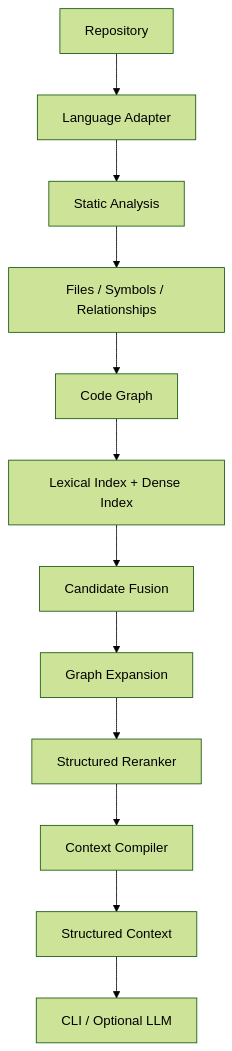
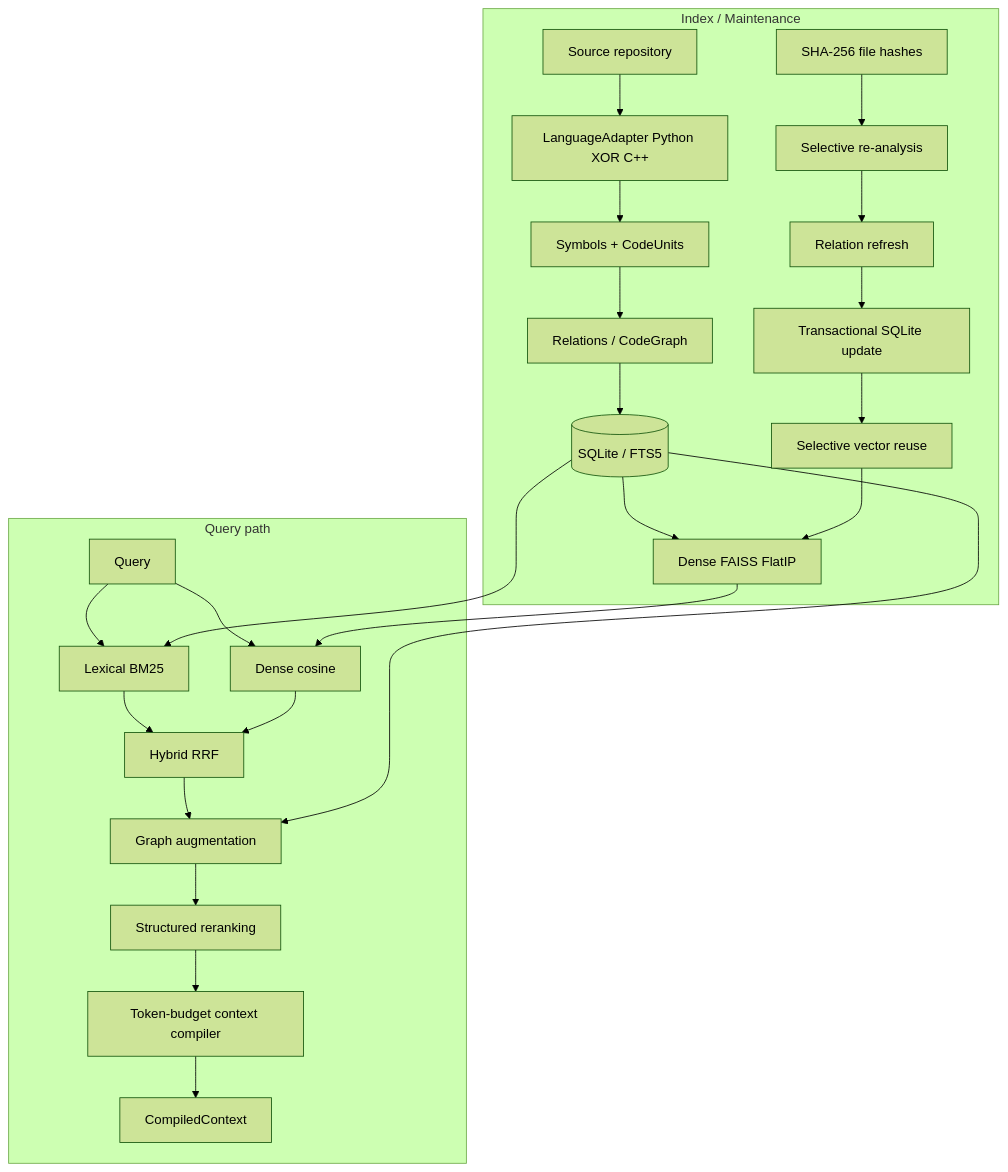
Before and after one commit to simonwen7/graph_code_intelligence: the diagram in README.md, drawn with Mermaid (forest theme). The commit also changed other lines of this file and 25 other files, not shown here.

````diff
--- a/README.md
+++ b/README.md
@@ -43,14 +51,30 @@
 ```mermaid
 flowchart TD
-    A[Repository] --> B[Language Adapter]
-    B --> C[Static Analysis]
-    C --> D[Files / Symbols / Relationships]
-    D --> E[Code Graph]
-    E --> F[Lexical Index + Dense Index]
-    F --> G[Candidate Fusion]
-    G --> H[Graph Expansion]
-    H --> I[Structured Reranker]
-    I --> J[Context Compiler]
-    J --> K[Structured Context]
-    K --> L[CLI / Optional LLM]
+  subgraph maintain [Index / Maintenance]
+    R[Source repository] --> A[LanguageAdapter Python XOR C++]
+    A --> S[Symbols + CodeUnits]
+    S --> Rel[Relations / CodeGraph]
+    Rel --> DB[(SQLite / FTS5)]
+    DB --> D[Dense FAISS FlatIP]
+    H[SHA-256 file hashes] --> Inc[Selective re-analysis]
+    Inc --> RelRefresh[Relation refresh]
+    RelRefresh --> Tx[Transactional SQLite update]
+    Tx --> VecReuse[Selective vector reuse]
+    VecReuse --> D
+  end
+
+  subgraph query [Query path]
+    Q[Query] --> L[Lexical BM25]
+    Q --> Den[Dense cosine]
+    L --> Hyb[Hybrid RRF]
+    Den --> Hyb
+    Hyb --> G[Graph augmentation]
+    G --> RR[Structured reranking]
+    RR --> C[Token-budget context compiler]
+    C --> Out[CompiledContext]
+  end
+
+  DB --> L
+  D --> Den
+  DB --> G
 ```
````
